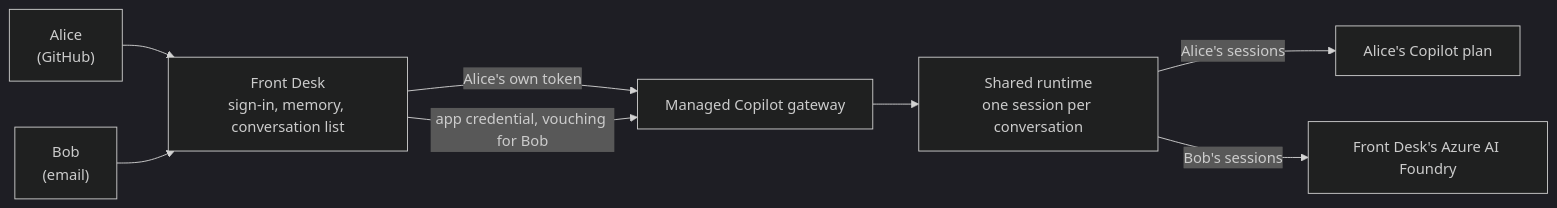
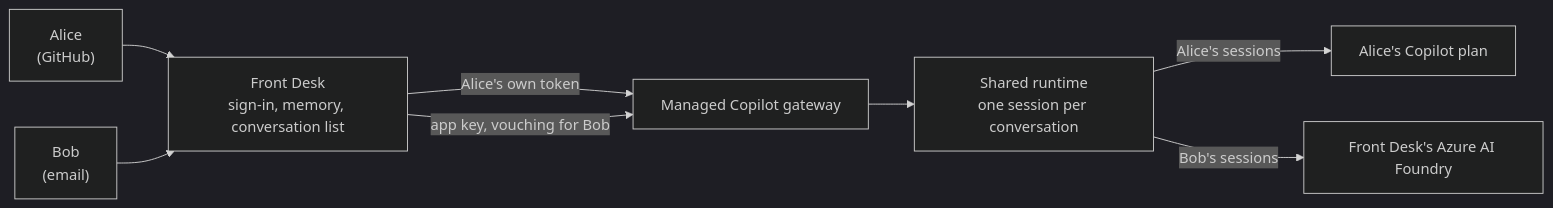
The diagram in demos/front-desk/README.md (patniko/managed-copilot-sdk), drawn with Mermaid (dark theme) before and after one commit. The commit also changed other lines of this file, not shown here.

````diff
--- a/demos/front-desk/README.md
+++ b/demos/front-desk/README.md
@@ -20,10 +20,10 @@
 ```mermaid
 flowchart LR
   A["Alice<br/>(GitHub)"] --> FD["Front Desk<br/>sign-in, memory, conversation list"]
   B["Bob<br/>(email)"] --> FD
   FD -- "Alice's own token" --> GW["Managed Copilot gateway"]
-  FD -- "app credential, vouching for Bob" --> GW
+  FD -- "app key, vouching for Bob" --> GW
   GW --> SR["Shared runtime<br/>one session per conversation"]
   SR -- "Alice's sessions" --> CP["Alice's Copilot plan"]
   SR -- "Bob's sessions" --> AF["Front Desk's Azure AI Foundry"]
 ```
````
